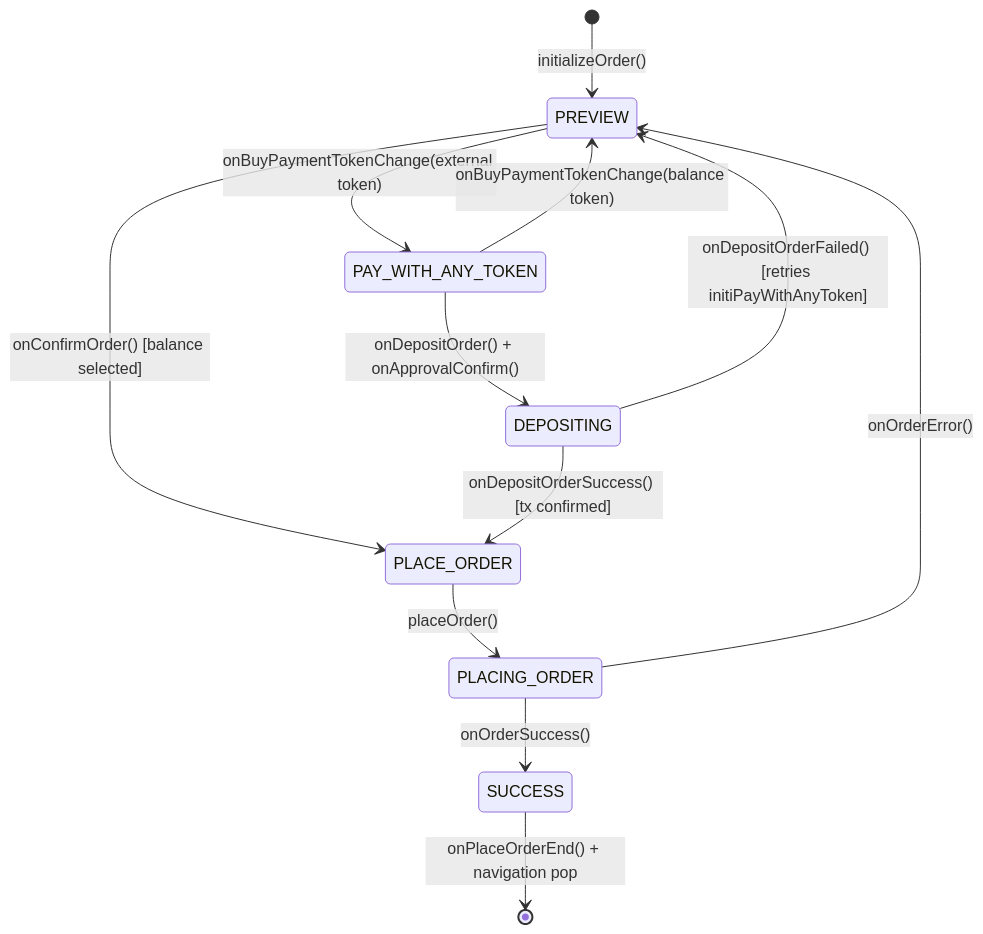
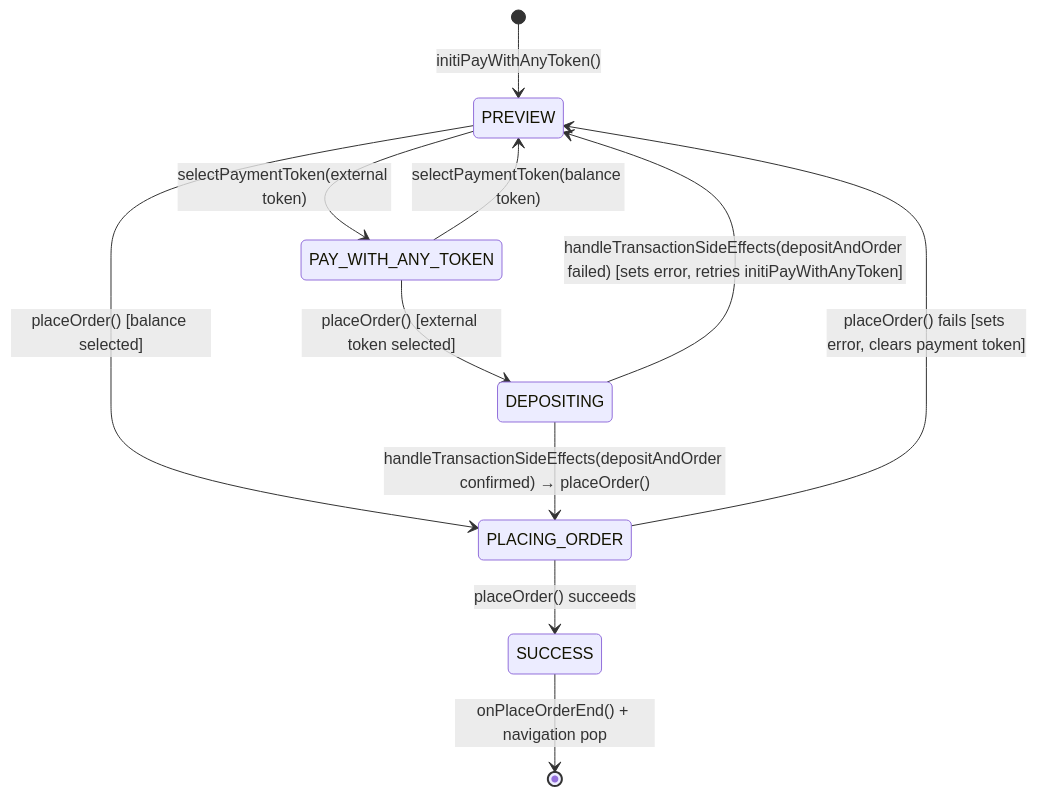
The diagram in app/components/UI/Predict/README.md (MetaMask/metamask-mobile), drawn with Mermaid before and after one commit. The commit also changed other lines of this file and 16 other files, not shown here.

````diff
--- a/app/components/UI/Predict/README.md
+++ b/app/components/UI/Predict/README.md
@@ -203,19 +204,18 @@
 ```mermaid
 stateDiagram-v2
-    [*] --> PREVIEW: initializeOrder()
+    [*] --> PREVIEW: initiPayWithAnyToken()
 
-    PREVIEW --> PAY_WITH_ANY_TOKEN: onBuyPaymentTokenChange(external token)
-    PAY_WITH_ANY_TOKEN --> PREVIEW: onBuyPaymentTokenChange(balance token)
+    PREVIEW --> PAY_WITH_ANY_TOKEN: selectPaymentToken(external token)
+    PAY_WITH_ANY_TOKEN --> PREVIEW: selectPaymentToken(balance token)
 
-    PREVIEW --> PLACE_ORDER: onConfirmOrder() [balance selected]
-    PAY_WITH_ANY_TOKEN --> DEPOSITING: onDepositOrder() + onApprovalConfirm()
+    PREVIEW --> PLACING_ORDER: placeOrder() [balance selected]
+    PAY_WITH_ANY_TOKEN --> DEPOSITING: placeOrder() [external token selected]
 
-    DEPOSITING --> PLACE_ORDER: onDepositOrderSuccess() [tx confirmed]
-    DEPOSITING --> PREVIEW: onDepositOrderFailed() [retries initiPayWithAnyToken]
+    DEPOSITING --> PLACING_ORDER: handleTransactionSideEffects(depositAndOrder confirmed) → placeOrder()
+    DEPOSITING --> PREVIEW: handleTransactionSideEffects(depositAndOrder failed) [sets error, retries initiPayWithAnyToken]
 
-    PLACE_ORDER --> PLACING_ORDER: placeOrder()
-    PLACING_ORDER --> SUCCESS: onOrderSuccess()
-    PLACING_ORDER --> PREVIEW: onOrderError()
+    PLACING_ORDER --> SUCCESS: placeOrder() succeeds
+    PLACING_ORDER --> PREVIEW: placeOrder() fails [sets error, clears payment token]
 
     SUCCESS --> [*]: onPlaceOrderEnd() + navigation pop
 ```
````
